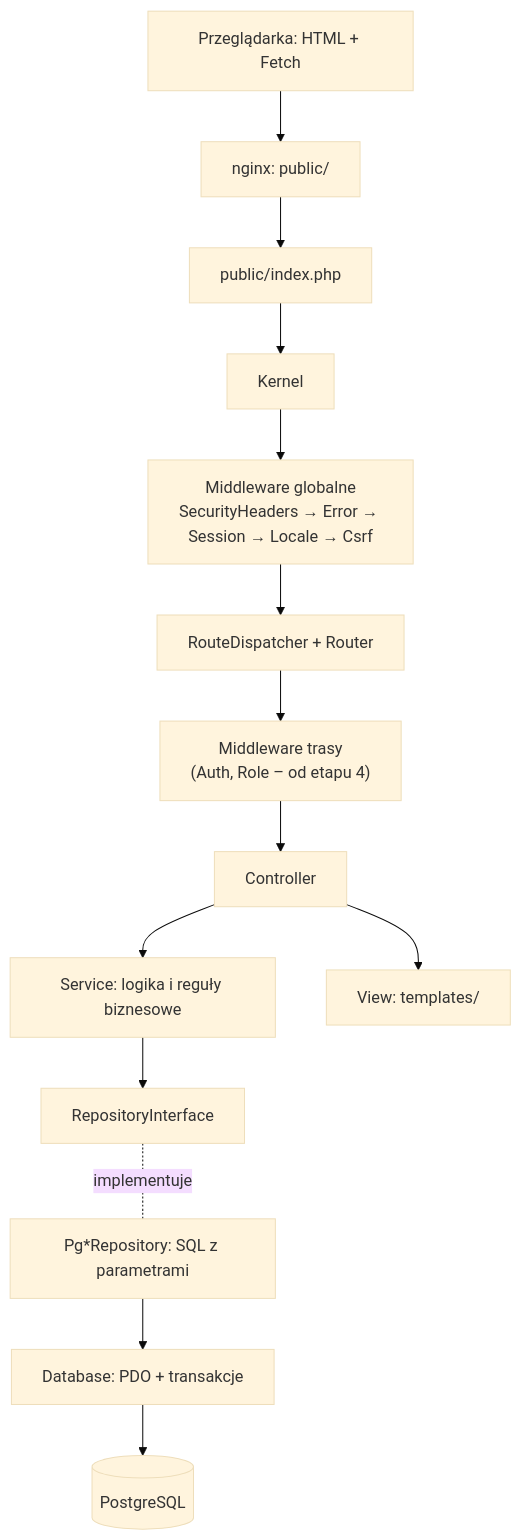
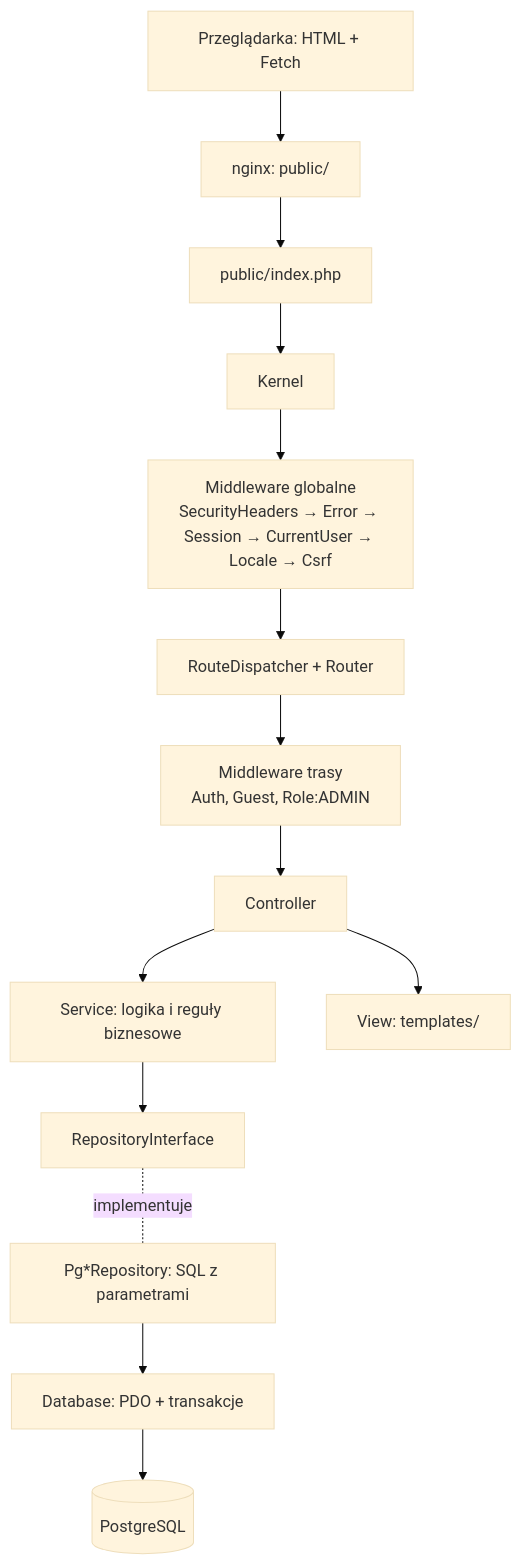
Before and after one commit to natisajdak/WDPAI: the first of 2 diagrams in README.md, drawn with Mermaid (base theme). The commit also changed other lines of this file and 1 other file, not shown here.

````diff
--- a/README.md
+++ b/README.md
@@ -35,16 +35,16 @@
 ```mermaid
 flowchart TD
     B[Przeglądarka: HTML + Fetch] --> N[nginx: public/]
     N --> I[public/index.php]
     I --> K[Kernel]
-    K --> GM["Middleware globalne<br/>SecurityHeaders → Error → Session → Locale → Csrf"]
+    K --> GM["Middleware globalne<br/>SecurityHeaders → Error → Session → CurrentUser → Locale → Csrf"]
     GM --> R[RouteDispatcher + Router]
-    R --> RM["Middleware trasy<br/>(Auth, Role – od etapu 4)"]
+    R --> RM["Middleware trasy<br/>Auth, Guest, Role:ADMIN"]
     RM --> C[Controller]
     C --> S[Service: logika i reguły biznesowe]
     S --> RI[RepositoryInterface]
     RI -.implementuje.- PR[Pg*Repository: SQL z parametrami]
     PR --> D[Database: PDO + transakcje]
     D --> PG[(PostgreSQL)]
     C --> V[View: templates/]
 ```
````
